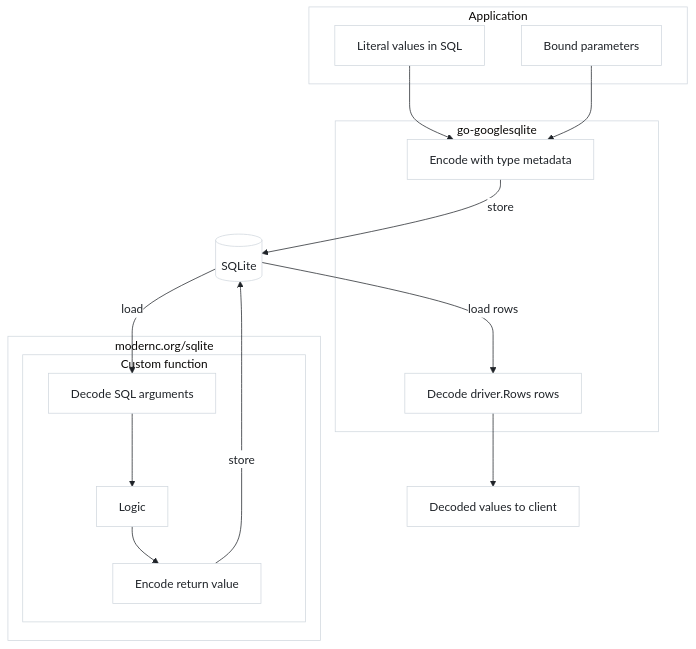
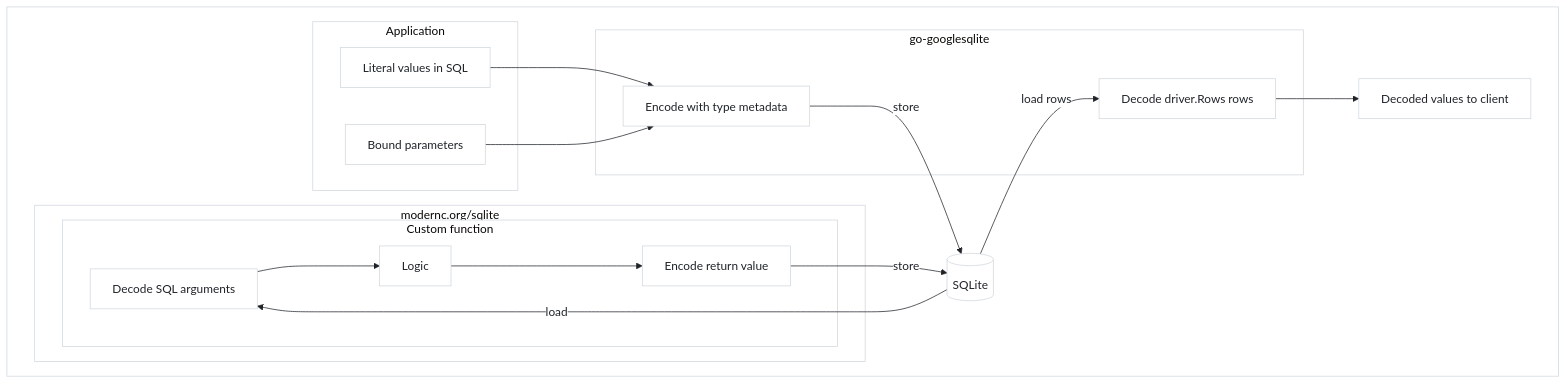
The second of 2 diagrams in README.md (vantaboard/bigquery-emulator), drawn with Mermaid before and after one commit. The commit also changed other lines of this file, not shown here.

Commit message:
docs(readme): use Mermaid YAML config and outer subgraph for dark mode
GitHub's renderer often ignores %%{init}%% for SVG background. Use YAML
frontmatter (config.themeVariables) plus a wrapper subgraph so edges sit
on a white cluster rect. Rename the UDF logic node to avoid 'log'.

Made-with: Cursor

````diff
--- a/README.md
+++ b/README.md
@@ -313,34 +332,53 @@
 ```mermaid
-%%{init: {'theme':'base', 'themeVariables': {'background':'#ffffff','mainBkg':'#ffffff','clusterBkg':'#ffffff','lineColor':'#1f2328','arrowheadColor':'#1f2328','primaryTextColor':'#1f2328','primaryBorderColor':'#d0d7de','clusterBorder':'#d0d7de','edgeLabelBackground':'#ffffff','edgeLabelColor':'#1f2328','secondaryBkg':'#f6f8fa','tertiaryColor':'#f6f8fa'}}}%%
+---
+config:
+  theme: base
+  themeVariables:
+    background: '#ffffff'
+    mainBkg: '#ffffff'
+    clusterBkg: '#ffffff'
+    lineColor: '#1f2328'
+    arrowheadColor: '#1f2328'
+    primaryTextColor: '#1f2328'
+    primaryBorderColor: '#d0d7de'
+    clusterBorder: '#d0d7de'
+    edgeLabelBackground: '#ffffff'
+    edgeLabelColor: '#1f2328'
+    secondaryBkg: '#f6f8fa'
+    tertiaryColor: '#f6f8fa'
+    darkMode: false
+---
 flowchart TD
-  subgraph inputs [Application]
-    lit[Literal values in SQL]
-    par[Bound parameters]
+  subgraph diagramRoot [" "]
+    subgraph inputs [Application]
+      lit[Literal values in SQL]
+      par[Bound parameters]
+    end
+
+    subgraph ggl [go-googlesqlite]
+      enc[Encode with type metadata]
+      dec[Decode driver.Rows rows]
+    end
+
+    subgraph mod [modernc.org/sqlite]
+      subgraph udf [Custom function]
+        da[Decode SQL arguments]
+        udfLogic[Logic]
+        er[Encode return value]
+      end
+    end
+
+    sq[(SQLite)]
+    clientOut[Decoded values to client]
+
+    lit --> enc
+    par --> enc
+    enc -->|store| sq
+    sq -->|load rows| dec
+    dec --> clientOut
+
+    sq -->|load| da
+    da --> udfLogic --> er
+    er -->|store| sq
   end
-
-  subgraph ggl [go-googlesqlite]
-    enc[Encode with type metadata]
-    dec[Decode driver.Rows rows]
-  end
-
-  subgraph mod [modernc.org/sqlite]
-    subgraph udf [Custom function]
-      da[Decode SQL arguments]
-      log[Logic]
-      er[Encode return value]
-    end
-  end
-
-  sq[(SQLite)]
-  clientOut[Decoded values to client]
-
-  lit --> enc
-  par --> enc
-  enc -->|store| sq
-  sq -->|load rows| dec
-  dec --> clientOut
-
-  sq -->|load| da
-  da --> log --> er
-  er -->|store| sq
 ```
````
